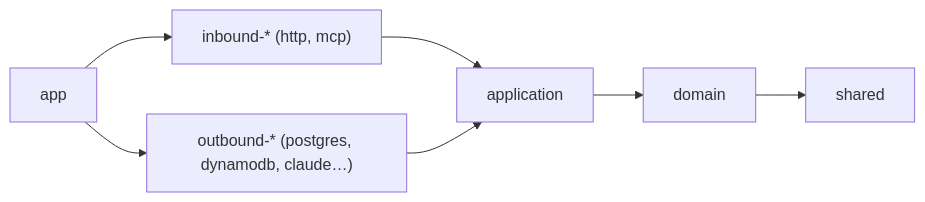
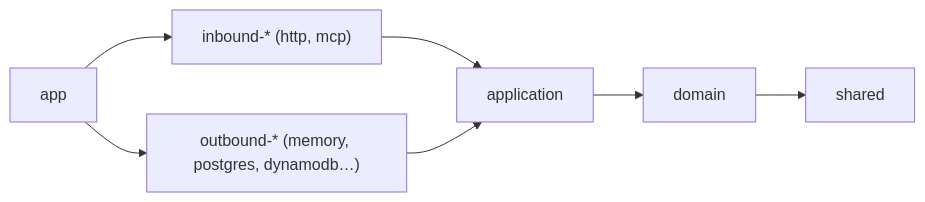
Before and after one commit to stuardcg/grado: the diagram in docs/decisions/0004-architecture.md, drawn with Mermaid. The commit also changed other lines of this file, not shown here.

Commit message:
docs: place fakes and hand-written bindings in architecture decision

````diff
--- a/docs/decisions/0004-architecture.md
+++ b/docs/decisions/0004-architecture.md
@@ -12,9 +12,9 @@
 ```mermaid
 graph LR
   domain --> shared
   application --> domain
   inbound["inbound-* (http, mcp)"] --> application
-  outbound["outbound-* (postgres, dynamodb, claude…)"] --> application
+  outbound["outbound-* (memory, postgres, dynamodb…)"] --> application
   app --> inbound
   app --> outbound
 ```
````
